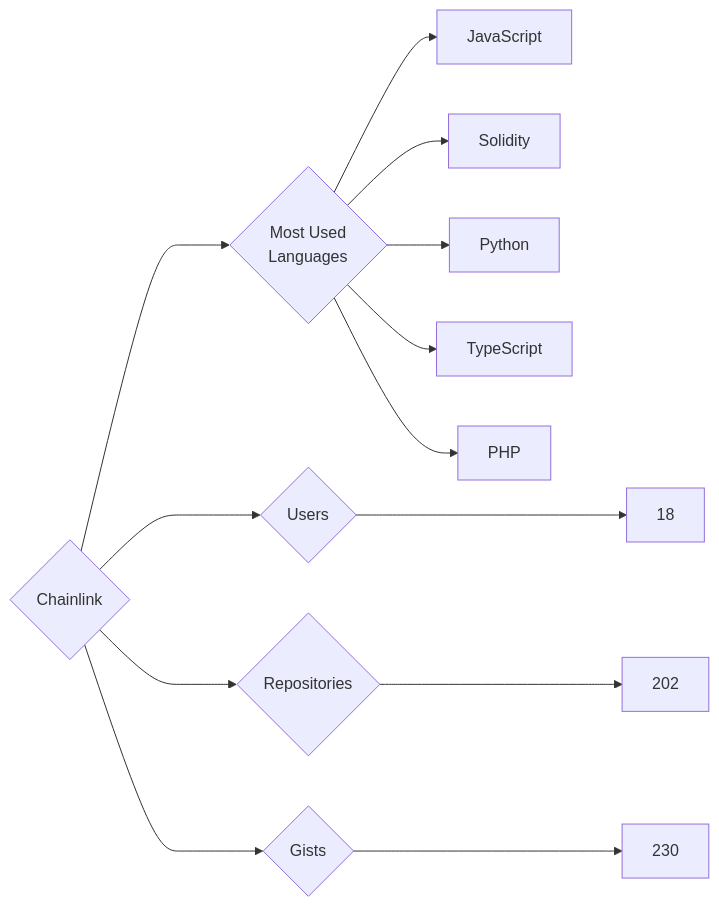
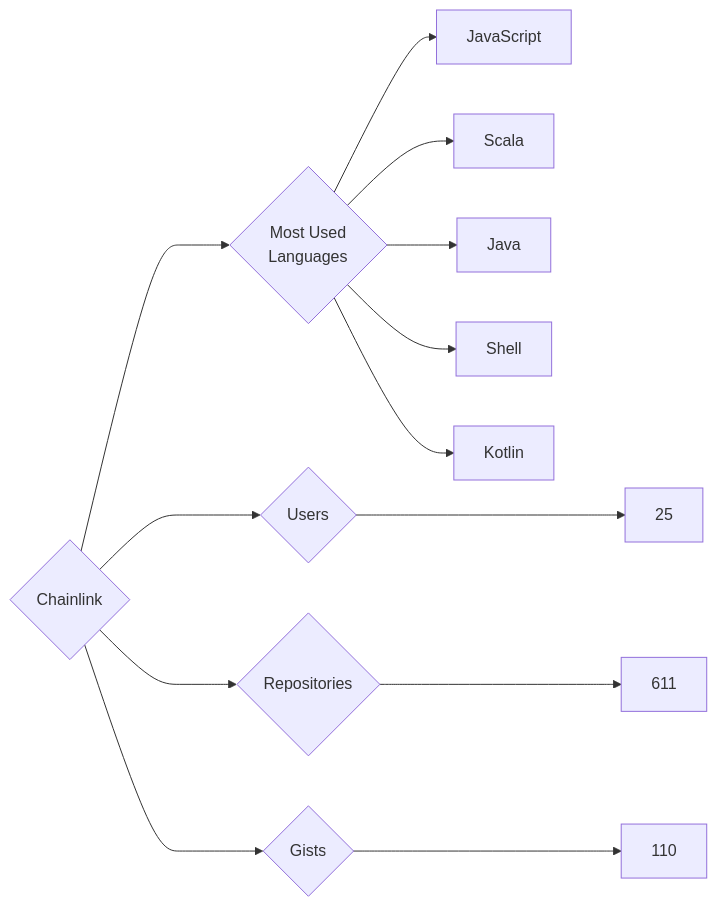
The diagram in targets/Chainlink/README.md (trickest/insiders), drawn with Mermaid before and after one commit. The commit also changed 914 other files, not shown here.

````diff
--- a/targets/Chainlink/README.md
+++ b/targets/Chainlink/README.md
@@ -3,13 +3,13 @@
 ```mermaid
 graph LR
 COMPANY_NAME{Chainlink}
-COMPANY_NAME ---> U{Users} ---> UN[18]
-COMPANY_NAME ---> R{Repositories} ---> RN[202]
-COMPANY_NAME ---> G{Gists} ---> GN[230]
+COMPANY_NAME ---> U{Users} ---> UN[25]
+COMPANY_NAME ---> R{Repositories} ---> RN[611]
+COMPANY_NAME ---> G{Gists} ---> GN[110]
 COMPANY_NAME ---> ML{Most Used<br>Languages}
 ML --> JavaScript[JavaScript]
-ML --> Solidity[Solidity]
-ML --> Python[Python]
-ML --> TypeScript[TypeScript]
-ML --> PHP[PHP]
+ML --> Scala[Scala]
+ML --> Java[Java]
+ML --> Shell[Shell]
+ML --> Kotlin[Kotlin]
 ```
````
